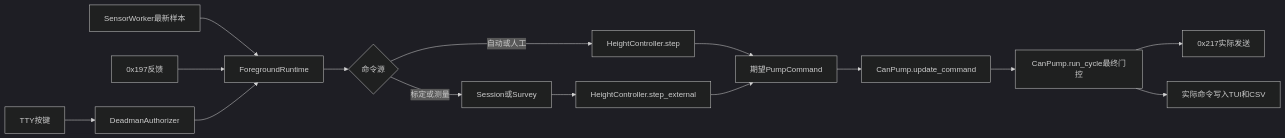
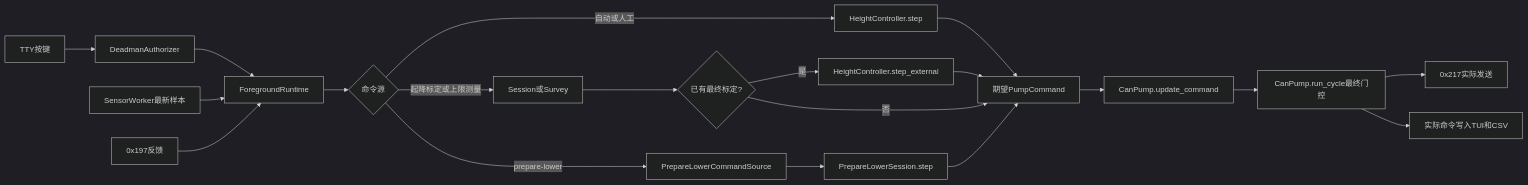
Before and after one commit to olCdo/agv-lift-height-control: the second of 3 diagrams in docs/维护地图.md, drawn with Mermaid (dark theme). The commit also changed other lines of this file and 1 other file, not shown here.

````diff
--- a/docs/维护地图.md
+++ b/docs/维护地图.md
@@ -158,17 +173,22 @@
 ```mermaid
 flowchart LR
     T[TTY按键] --> A[DeadmanAuthorizer]
     S[SensorWorker最新样本] --> R[ForegroundRuntime]
     F[0x197反馈] --> R
     A --> R
     R --> M{命令源}
     M -->|自动或人工| C[HeightController.step]
-    M -->|标定或测量| X[Session或Survey]
-    X --> Y[HeightController.step_external]
+    M -->|起降标定或上限测量| X[Session或Survey]
+    M -->|prepare-lower| PL[PrepareLowerCommandSource]
+    PL --> PS[PrepareLowerSession.step]
+    PS --> P
+    X --> D{已有最终标定?}
+    D -->|是| Y[HeightController.step_external]
+    D -->|否| P
     C --> P[期望PumpCommand]
     Y --> P
     P --> Q[CanPump.update_command]
     Q --> Z[CanPump.run_cycle最终门控]
     Z --> CAN[0x217实际发送]
     Z --> L[实际命令写入TUI和CSV]
 ```
````
